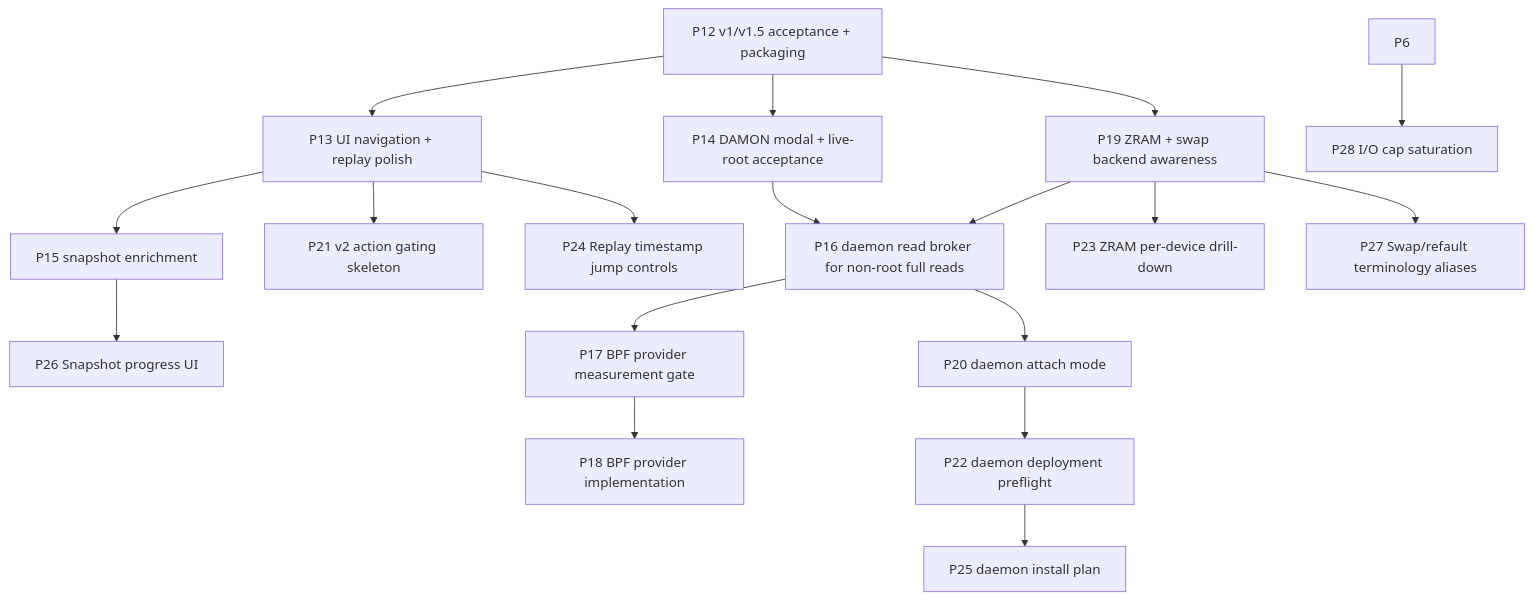
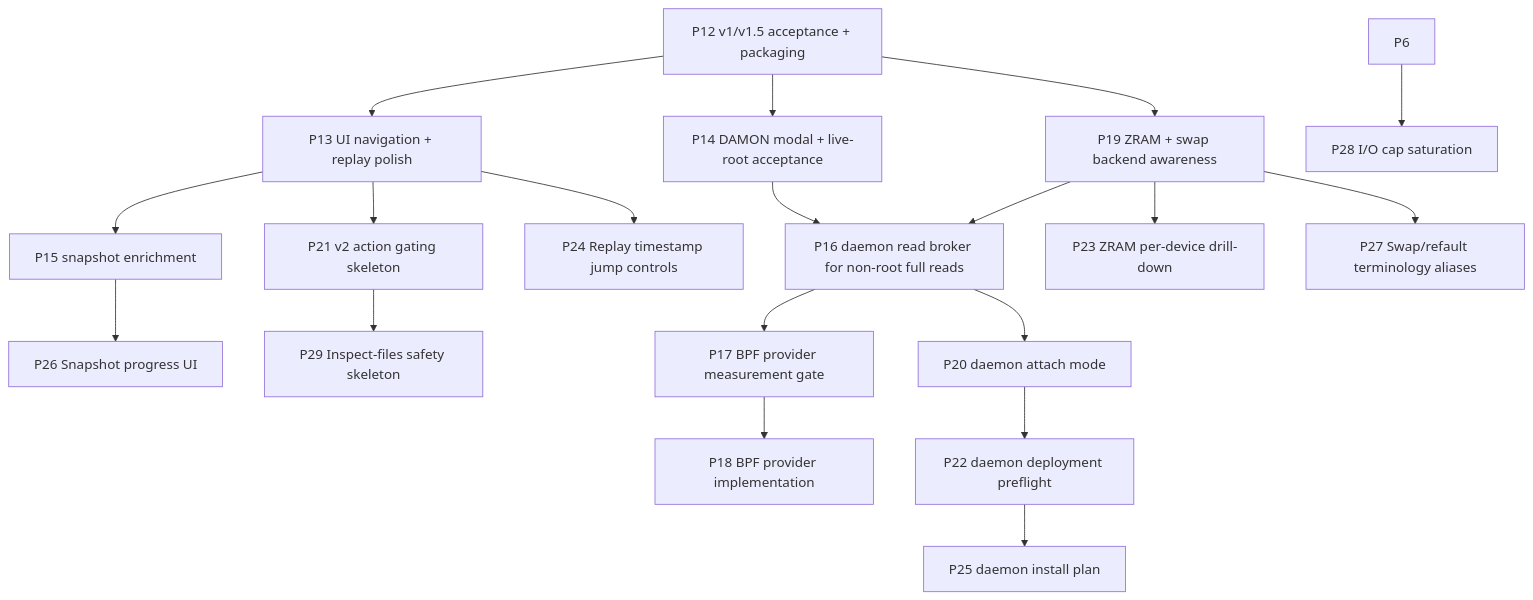
The diagram in groop/docs/ROADMAP.md (volkb79-2/vbpub), drawn with Mermaid before and after one commit. The commit also changed other lines of this file and 2 other files, not shown here.

Commit message:
docs(groop): carve P29 inspect files safety

````diff
--- a/groop/docs/ROADMAP.md
+++ b/groop/docs/ROADMAP.md
@@ -27,20 +27,21 @@
 ```mermaid
 flowchart TD
     P12[P12 v1/v1.5 acceptance + packaging] --> P13[P13 UI navigation + replay polish]
     P12 --> P14[P14 DAMON modal + live-root acceptance]
     P13 --> P15[P15 snapshot enrichment]
     P12 --> P19[P19 ZRAM + swap backend awareness]
     P19 --> P16[P16 daemon read broker for non-root full reads]
     P14 --> P16
     P16 --> P17[P17 BPF provider measurement gate]
     P17 --> P18[P18 BPF provider implementation]
     P16 --> P20[P20 daemon attach mode]
     P20 --> P22[P22 daemon deployment preflight]
     P22 --> P25[P25 daemon install plan]
     P13 --> P21[P21 v2 action gating skeleton]
     P19 --> P23[P23 ZRAM per-device drill-down]
     P13 --> P24[P24 Replay timestamp jump controls]
     P15 --> P26[P26 Snapshot progress UI]
     P19 --> P27[P27 Swap/refault terminology aliases]
     P6 --> P28[P28 I/O cap saturation]
+    P21 --> P29[P29 Inspect-files safety skeleton]
 ```
````
